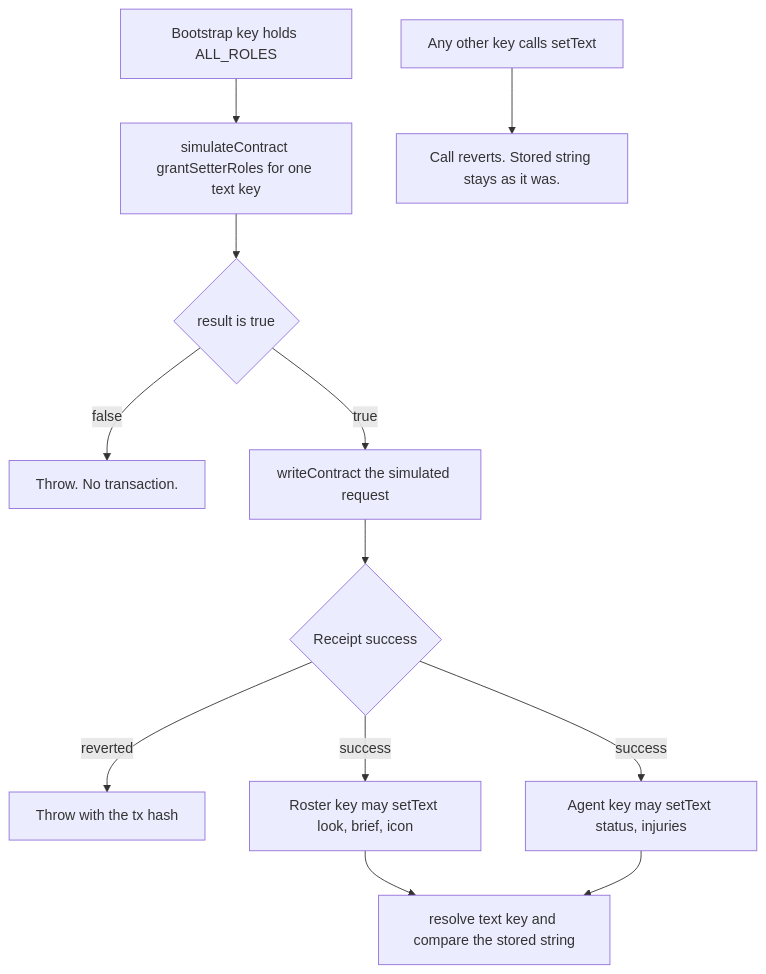
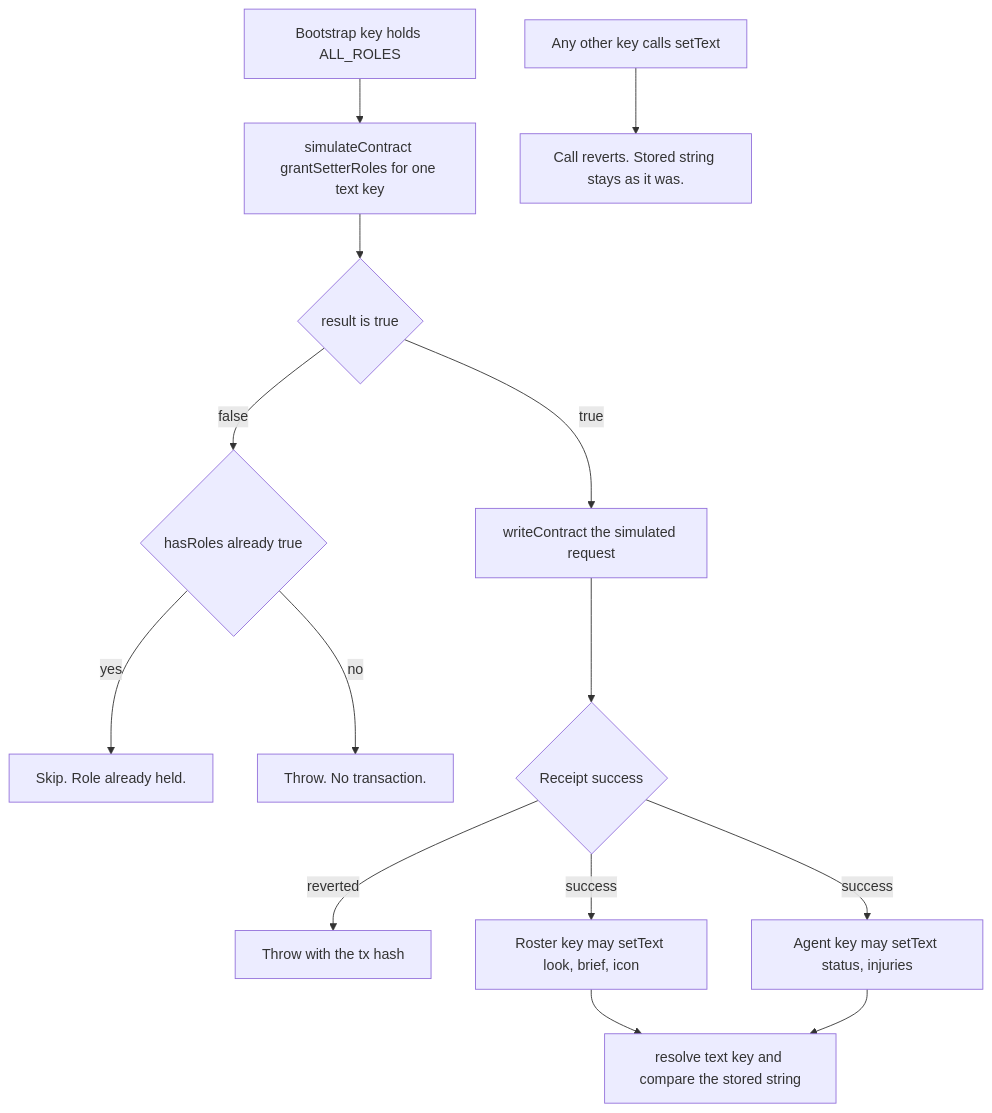
One commit to etheroo-globaled-tokyo-2026/horror-tube changed the diagram in docs/ens-vendor.md. Above: the diagram before and after it, drawn with Mermaid. The commit also changed other lines of this file and 3 other files, not shown here.

First line of the commit message:
fix: skip ENS text grants the account already holds

````diff
--- a/docs/ens-vendor.md
+++ b/docs/ens-vendor.md
@@ -34,23 +35,27 @@
 ```mermaid
 flowchart TD
   admin["Bootstrap key holds ALL_ROLES"]
   sim["simulateContract grantSetterRoles for one text key"]
   gate{"result is true"}
+  already{"hasRoles already true"}
+  skipGrant["Skip. Role already held."]
   denyGrant["Throw. No transaction."]
   send["writeContract the simulated request"]
   mined{"Receipt success"}
   failTx["Throw with the tx hash"]
   roster["Roster key may setText look, brief, icon"]
   agent["Agent key may setText status, injuries"]
   read["resolve text key and compare the stored string"]
   other["Any other key calls setText"]
   revert["Call reverts. Stored string stays as it was."]
 
   admin --> sim --> gate
-  gate -->|false| denyGrant
+  gate -->|false| already
+  already -->|yes| skipGrant
+  already -->|no| denyGrant
   gate -->|true| send --> mined
   mined -->|reverted| failTx
   mined -->|success| roster --> read
   mined -->|success| agent --> read
   other --> revert
 ```
````
